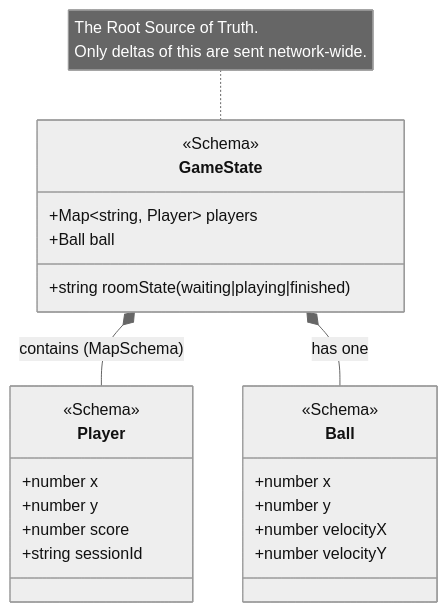
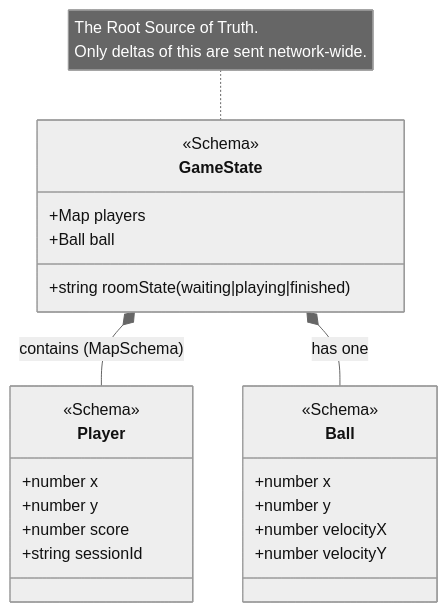
Before and after one commit to mikejmckinney/pong9: the third of 4 diagrams in .context/design/architecture.md, drawn with Mermaid (neutral theme). The commit also changed other lines of this file and 3 other files, not shown here.

Commit message:
Fix code review feedback: capitalization, Mermaid syntax, BloomFX API, and documentation

````diff
--- a/.context/design/architecture.md
+++ b/.context/design/architecture.md
@@ -80,32 +80,32 @@
 ```mermaid
 classDiagram
     %% Definitions based on Colyseus Schema
     class GameState {
         <<Schema>>
-        +Map~string, Player~ players
+        +Map<string, Player> players
         +Ball ball
         +string roomState (waiting|playing|finished)
     }
 
     class Player {
         <<Schema>>
         +number x
         +number y
         +number score
         +string sessionId
     }
 
     class Ball {
         <<Schema>>
         +number x
         +number y
         +number velocityX
         +number velocityY
     }
 
     %% Relationships
     GameState *-- Player : contains (MapSchema)
     GameState *-- Ball : has one
 
     note for GameState "The Root Source of Truth.<br/>Only deltas of this are sent network-wide."
 ```
````
